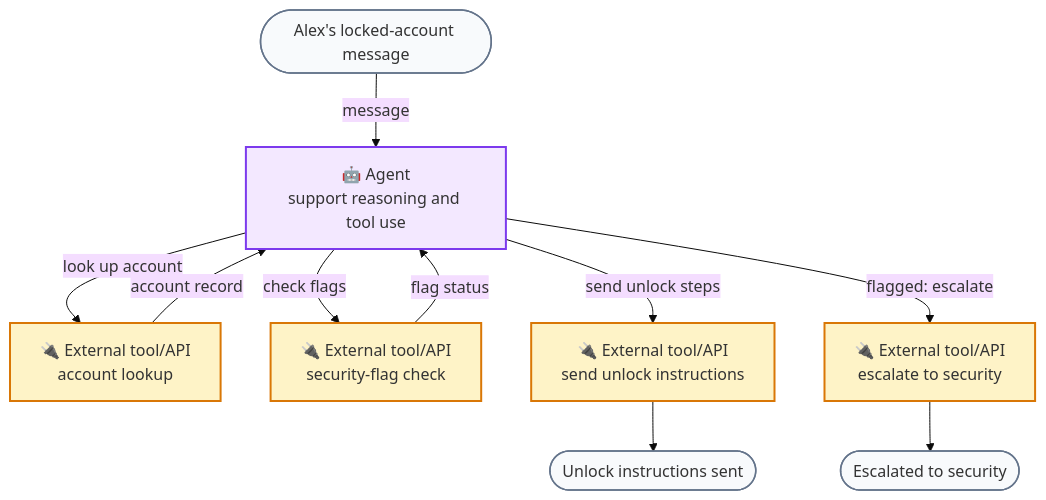
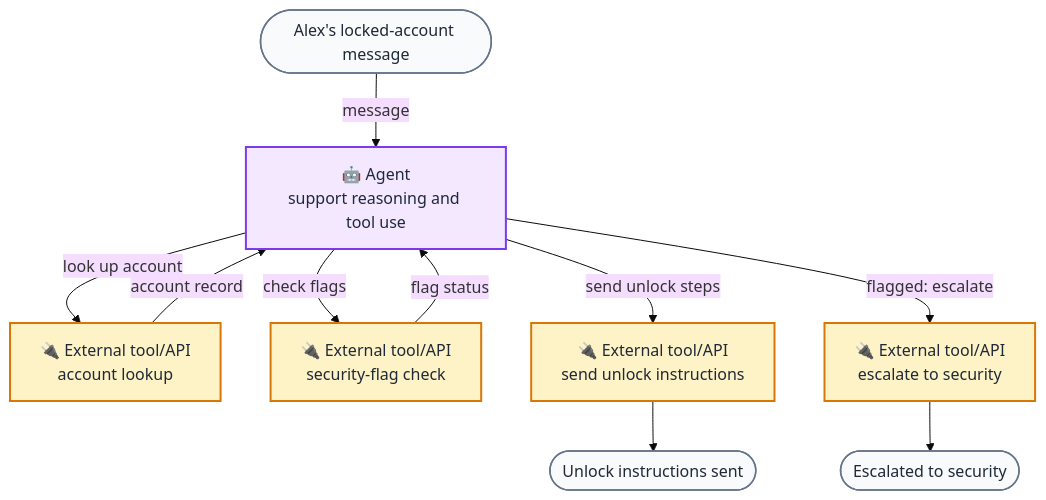
Before and after one commit to FridljDa/FridljDa.github.io: the first of 4 diagrams in src/content/blog/workflow-vs-agent.mdx, drawn with Mermaid (base theme). The commit also changed other lines of this file and 32 other files, not shown here.

````diff
--- a/src/content/blog/workflow-vs-agent.mdx
+++ b/src/content/blog/workflow-vs-agent.mdx
@@ -51,28 +34,28 @@
 ```mermaid
 flowchart TD
     INPUT(["Alex's locked-account message"])
     A1["🤖 Agent<br/>support reasoning and tool use"]
     T1["🔌 External tool/API<br/>account lookup"]
     T2["🔌 External tool/API<br/>security-flag check"]
     T3["🔌 External tool/API<br/>send unlock instructions"]
     T4["🔌 External tool/API<br/>escalate to security"]
     OUT1(["Unlock instructions sent"])
     OUT2(["Escalated to security"])
 
     INPUT -->|"message"| A1
     A1 -->|"look up account"| T1
     T1 -->|"account record"| A1
     A1 -->|"check flags"| T2
     T2 -->|"flag status"| A1
     A1 -->|"send unlock steps"| T3
     T3 --> OUT1
     A1 -->|"flagged: escalate"| T4
     T4 --> OUT2
 
-    classDef agent fill:#f3e8ff,stroke:#7c3aed,stroke-width:2px
-    classDef tool fill:#fef3c7,stroke:#d97706,stroke-width:2px
-    classDef terminal fill:#f8fafc,stroke:#64748b,stroke-width:1.5px
+    classDef agent fill:#f3e8ff,stroke:#7c3aed,stroke-width:2px,color:#1f2937
+    classDef tool fill:#fef3c7,stroke:#d97706,stroke-width:2px,color:#1f2937
+    classDef terminal fill:#f8fafc,stroke:#64748b,stroke-width:1.5px,color:#1f2937
     class A1 agent
     class T1,T2,T3,T4 tool
     class INPUT,OUT1,OUT2 terminal
 ```
````
